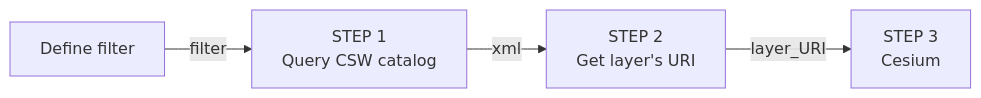
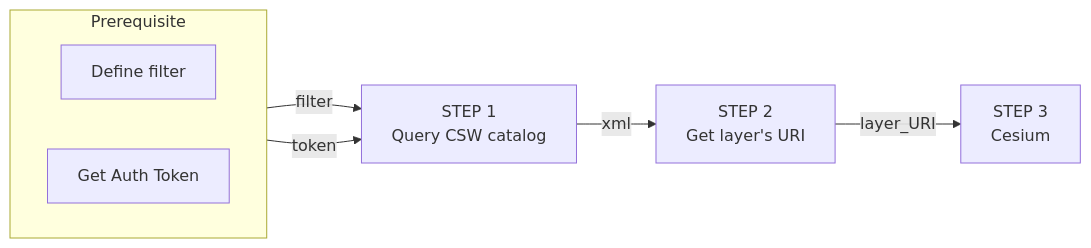
Before and after one commit to MapColonies/developer-portal: the diagram in docs/getting-started/get_start_3d.md, drawn with Mermaid. The commit also changed other lines of this file and 15 other files, not shown here.

````diff
--- a/docs/getting-started/get_start_3d.md
+++ b/docs/getting-started/get_start_3d.md
@@ -9,6 +9,13 @@
 ```mermaid
 flowchart LR
-    A[Define filter] -- filter --> B[STEP 1<br/> Query CSW catalog]
+    subgraph  Prerequisite
+      direction LR
+      a1[Define filter]
+      a2[Get Auth Token]
+    end
+
+    a1 -- filter --> B[STEP 1<br/> Query CSW catalog]
+    a2 -- token --> B
     B -- xml --> C[STEP 2<br/>Get layer's URI]
     C -- layer_URI --> D[STEP 3<br/>Cesium]
 ```
````
